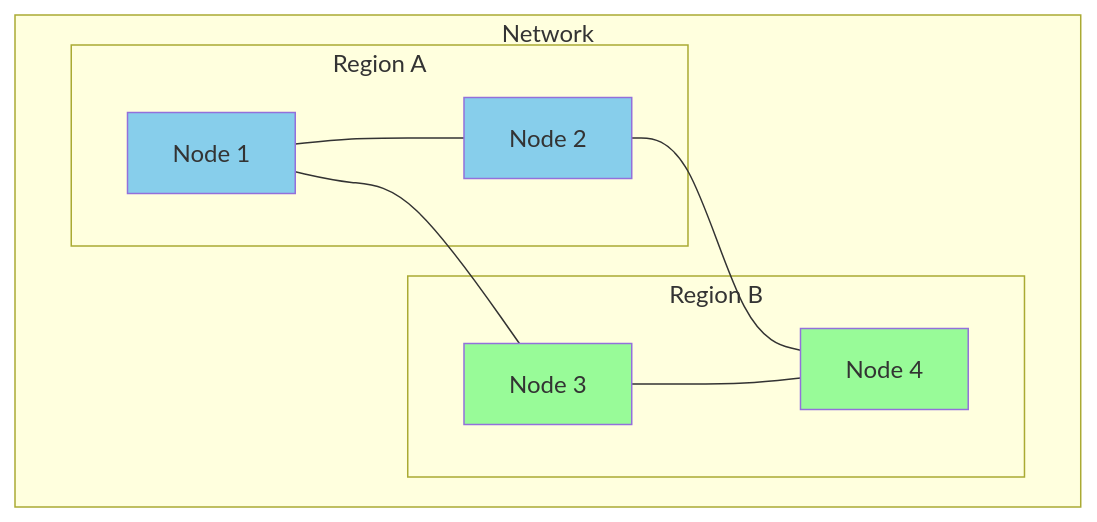
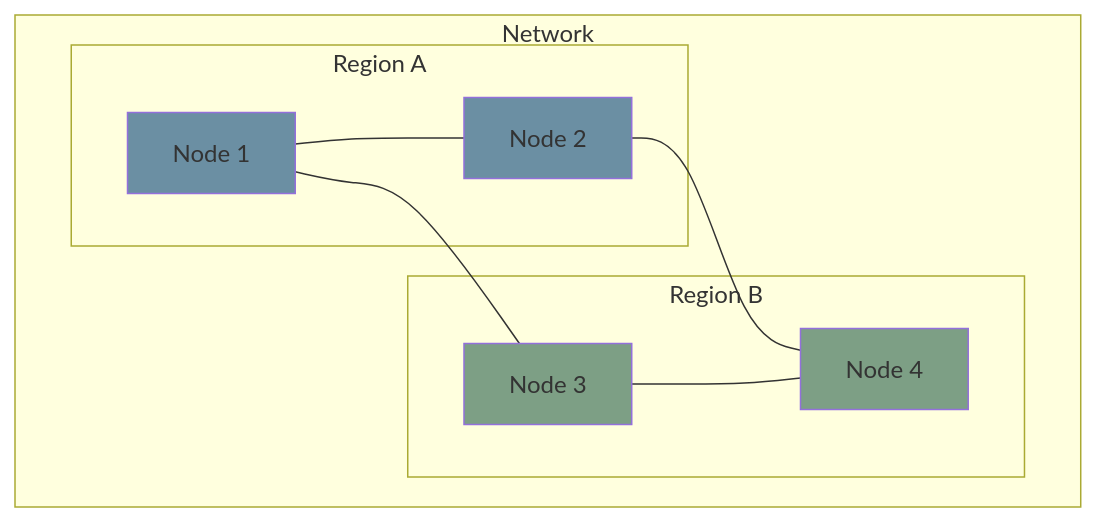
The ninth of 11 diagrams in docs/architecture/overview.md (ScopeCreep-zip/Symbiont), drawn with Mermaid before and after one commit. The commit also changed other lines of this file and 17 other files, not shown here.

Commit message:
update to diagram colors

````diff
--- a/docs/architecture/overview.md
+++ b/docs/architecture/overview.md
@@ -433,24 +433,24 @@
 ```mermaid
 graph TB
     subgraph "Network"
         subgraph "Region A"
             N1[Node 1]
             N2[Node 2]
         end
 
         subgraph "Region B"
             N3[Node 3]
             N4[Node 4]
         end
 
         N1 --- N2
         N1 --- N3
         N2 --- N4
         N3 --- N4
     end
 
-    style N1 fill:#87CEEB
-    style N2 fill:#87CEEB
-    style N3 fill:#98FB98
-    style N4 fill:#98FB98
+    style N1 fill:#6b8fa3
+    style N2 fill:#6b8fa3
+    style N3 fill:#7d9f85
+    style N4 fill:#7d9f85
 ```
````
